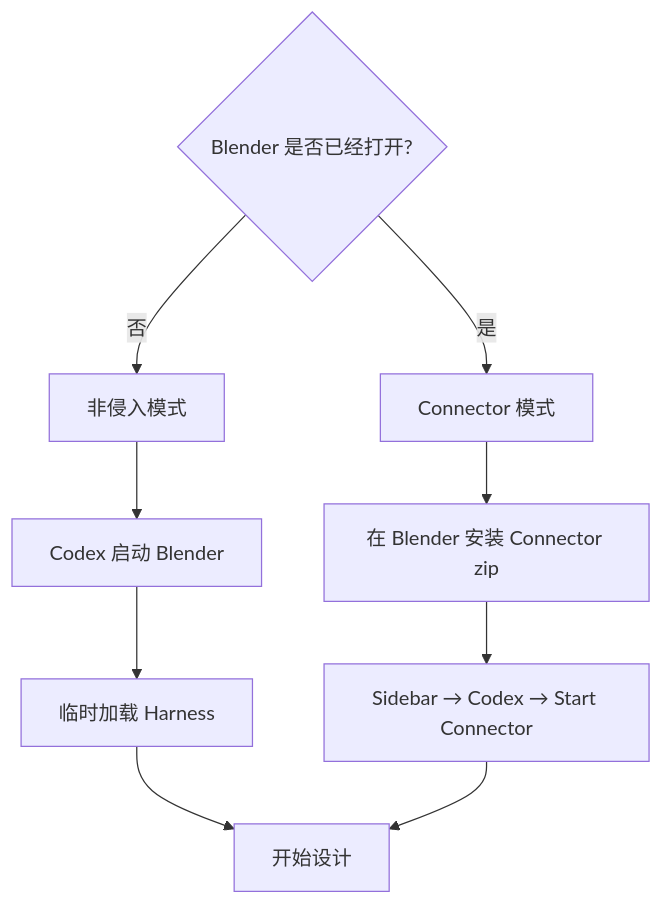
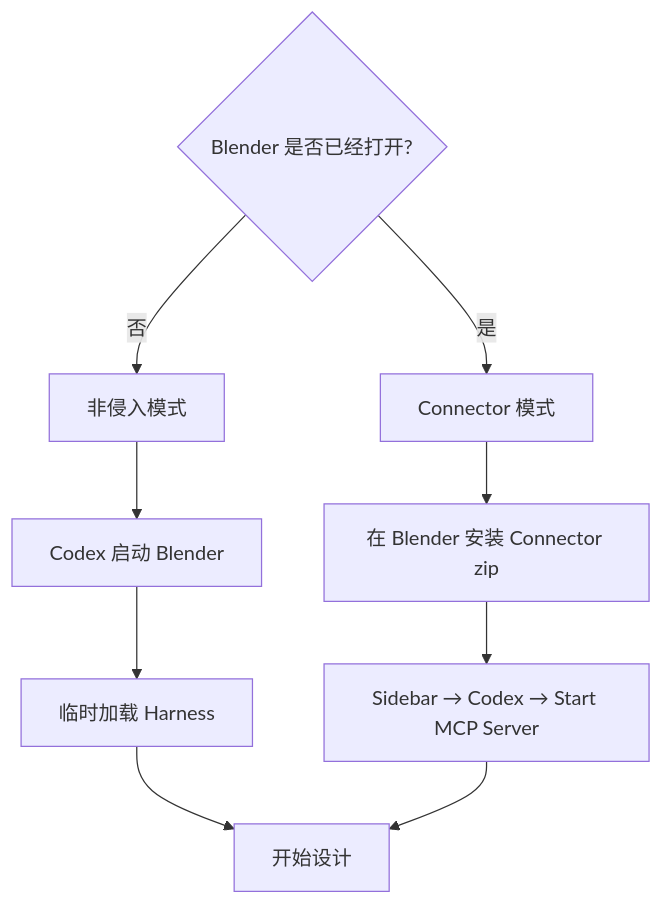
The diagram in docs/getting-started.zh-CN.md (full-aigc-plugins/blender-design-plugin), drawn with Mermaid before and after one commit. The commit also changed other lines of this file and 25 other files, not shown here.

````diff
--- a/docs/getting-started.zh-CN.md
+++ b/docs/getting-started.zh-CN.md
@@ -30,12 +30,12 @@
 ```mermaid
 flowchart TD
     A{Blender 是否已经打开?}
     A -->|否| B[非侵入模式]
     B --> C[Codex 启动 Blender]
     C --> D[临时加载 Harness]
     A -->|是| E[Connector 模式]
     E --> F[在 Blender 安装 Connector zip]
-    F --> G[Sidebar → Codex → Start Connector]
+    F --> G[Sidebar → Codex → Start MCP Server]
     D --> H[开始设计]
     G --> H
 ```
````
